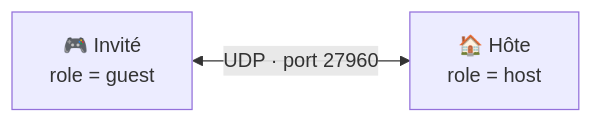
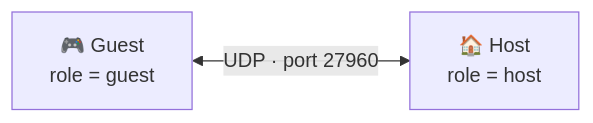
The first of 2 diagrams in README.md (leoyd/risen-multiplayer), drawn with Mermaid before and after one commit. The commit also changed other lines of this file, not shown here.

Commit message:
docs: README traduit en anglais et mis à jour (J1 : session, avatars, faux invité, protocole v6)

````diff
--- a/README.md
+++ b/README.md
@@ -99,4 +111,4 @@
 ```mermaid
 graph LR
-  G["🎮 Invité<br/>role = guest"] <-->|UDP · port 27960| H["🏠 Hôte<br/>role = host"]
+  G["🎮 Guest<br/>role = guest"] <-->|UDP · port 27960| H["🏠 Host<br/>role = host"]
 ```
````
